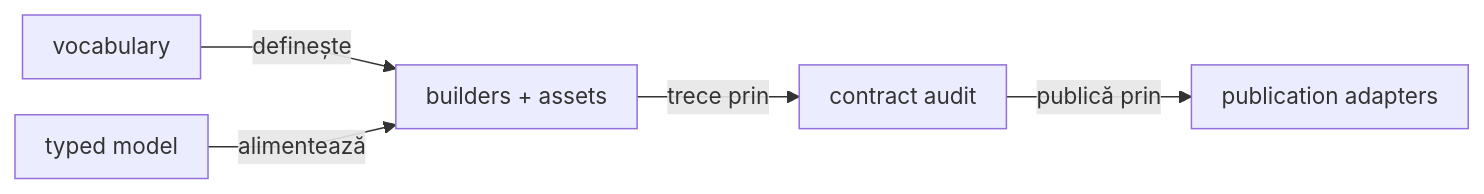
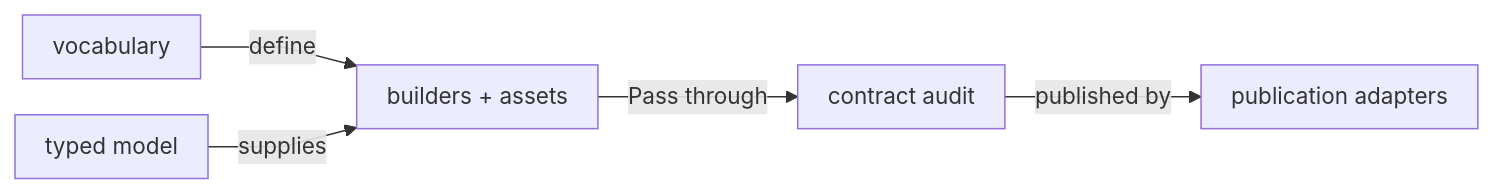
The second of 18 diagrams in atf-reporting/README.md (crististefanita/atf_j0), drawn with Mermaid before and after one commit. The commit also changed other lines of this file and 113 other files, not shown here.

````diff
--- a/atf-reporting/README.md
+++ b/atf-reporting/README.md
@@ -226,13 +206,13 @@
 ```mermaid
 %%{init: {"themeVariables":{"fontSize":"15px"},"themeCSS":".nodeLabel, .nodeLabel p { font-size: 15px !important; line-height: 1.35 !important; } .edgeLabel, .edgeLabel p { font-size: 12px !important; font-weight: 400 !important; line-height: 1.2 !important; } .edgeLabel .labelBkg, .edgeLabel p { background: transparent !important; } .edgeLabel foreignObject { transform: translateY(-18px); overflow: visible; } .node rect { rx: 6px; ry: 6px; }","flowchart":{"curve":"linear","nodeSpacing":24,"rankSpacing":40,"padding":10,"diagramPadding":16}}}%%
 flowchart LR
     Vocabulary[vocabulary]
     Runtime[typed model]
     Serialize[builders + assets]
     Audit[contract audit]
     Publish[publication adapters]
-    Vocabulary -->|definește| Serialize
-    Runtime -->|alimentează| Serialize
-    Serialize -->|trece prin| Audit
-    Audit -->|publică prin| Publish
+    Vocabulary -->|define| Serialize
+    Runtime -->|supplies| Serialize
+    Serialize -->|Pass through| Audit
+    Audit -->|published by| Publish
 ```
````
